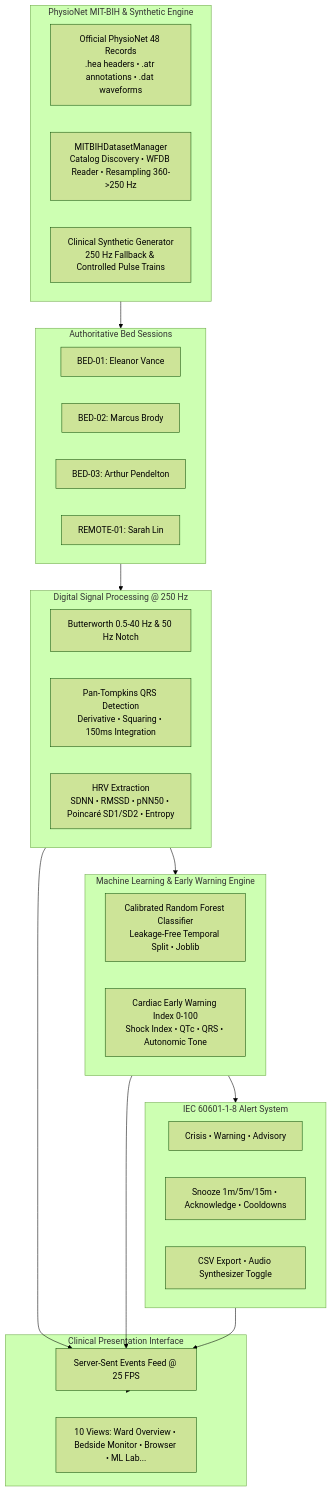
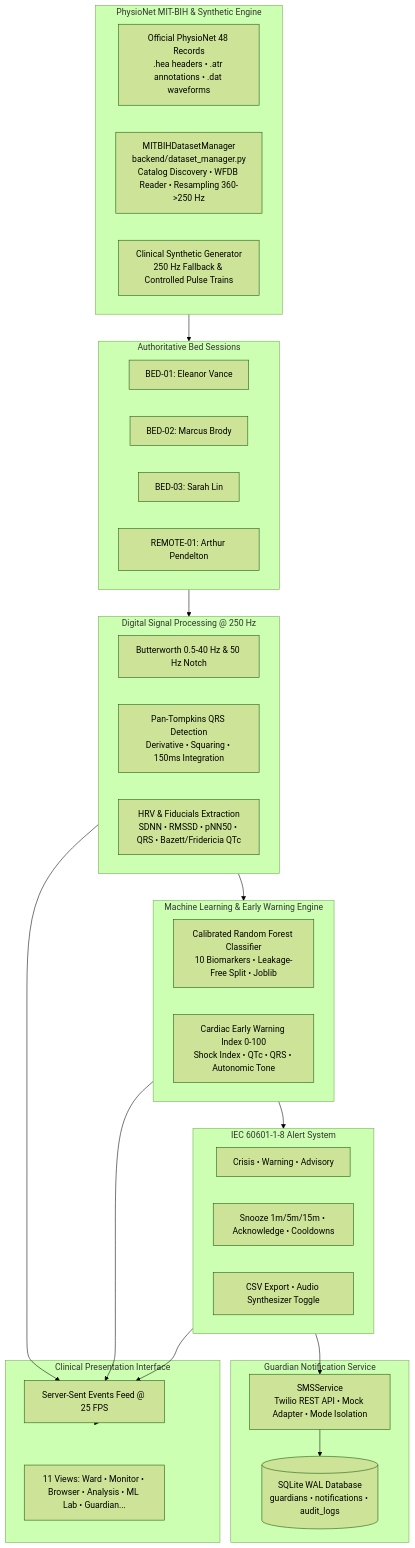
The first of 2 diagrams in README.md (Hariharan5430/CardioSentinel), drawn with Mermaid (forest theme) before and after one commit. The commit also changed other lines of this file and 39 other files, not shown here.

Commit message:
Complete CardioSentinel: Add ECG Signal Quality Monitor, Smart Alert Explanation, Guardian SMS, and telemetry layout repairs

````diff
--- a/README.md
+++ b/README.md
@@ -63,43 +69,50 @@
 ```mermaid
 flowchart TD
     subgraph DataSources [PhysioNet MIT-BIH & Synthetic Engine]
         PhysioNet[Official PhysioNet 48 Records\n.hea headers • .atr annotations • .dat waveforms]
-        DatasetMgr[MITBIHDatasetManager\nCatalog Discovery • WFDB Reader • Resampling 360->250 Hz]
+        DatasetMgr[MITBIHDatasetManager\nbackend/dataset_manager.py\nCatalog Discovery • WFDB Reader • Resampling 360->250 Hz]
         SyntheticGen[Clinical Synthetic Generator\n250 Hz Fallback & Controlled Pulse Trains]
     end
 
     subgraph TelemetryLayer [Authoritative Bed Sessions]
         B1[BED-01: Eleanor Vance]
         B2[BED-02: Marcus Brody]
-        B3[BED-03: Arthur Pendelton]
-        B4[REMOTE-01: Sarah Lin]
+        B3[BED-03: Sarah Lin]
+        B4[REMOTE-01: Arthur Pendelton]
     end
 
     subgraph DSP [Digital Signal Processing @ 250 Hz]
         Filter[Butterworth 0.5-40 Hz & 50 Hz Notch]
         PanTompkins[Pan-Tompkins QRS Detection\nDerivative • Squaring • 150ms Integration]
-        Biomarkers[HRV Extraction\nSDNN • RMSSD • pNN50 • Poincaré SD1/SD2 • Entropy]
+        Biomarkers[HRV & Fiducials Extraction\nSDNN • RMSSD • pNN50 • QRS • Bazett/Fridericia QTc]
     end
 
     subgraph AI [Machine Learning & Early Warning Engine]
-        CalibratedRF[Calibrated Random Forest Classifier\nLeakage-Free Temporal Split • Joblib]
+        CalibratedRF[Calibrated Random Forest Classifier\n10 Biomarkers • Leakage-Free Split • Joblib]
         CEWI[Cardiac Early Warning Index 0-100\nShock Index • QTc • QRS • Autonomic Tone]
     end
 
     subgraph Alarms [IEC 60601-1-8 Alert System]
         Tiers[Crisis • Warning • Advisory]
         Controls[Snooze 1m/5m/15m • Acknowledge • Cooldowns]
         Audit[CSV Export • Audio Synthesizer Toggle]
     end
 
+    subgraph GuardianSubsystem [Guardian Notification Service]
+        GuardianDB[(SQLite WAL Database\nguardians • notifications • audit_logs)]
+        SMSDispatcher[SMSService\nTwilio REST API • Mock Adapter • Mode Isolation]
+    end
+
     subgraph Console [Clinical Presentation Interface]
         SSE[Server-Sent Events Feed @ 25 FPS]
-        Views[10 Views: Ward Overview • Bedside Monitor • Browser • ML Lab...]
+        Views[11 Views: Ward • Monitor • Browser • Analysis • ML Lab • Guardian...]
     end
 
     DataSources --> TelemetryLayer
     TelemetryLayer --> DSP
     DSP --> AI
     AI --> Alarms
+    Alarms --> SMSDispatcher
+    SMSDispatcher --> GuardianDB
     DSP & AI & Alarms --> SSE --> Console
 ```
````
